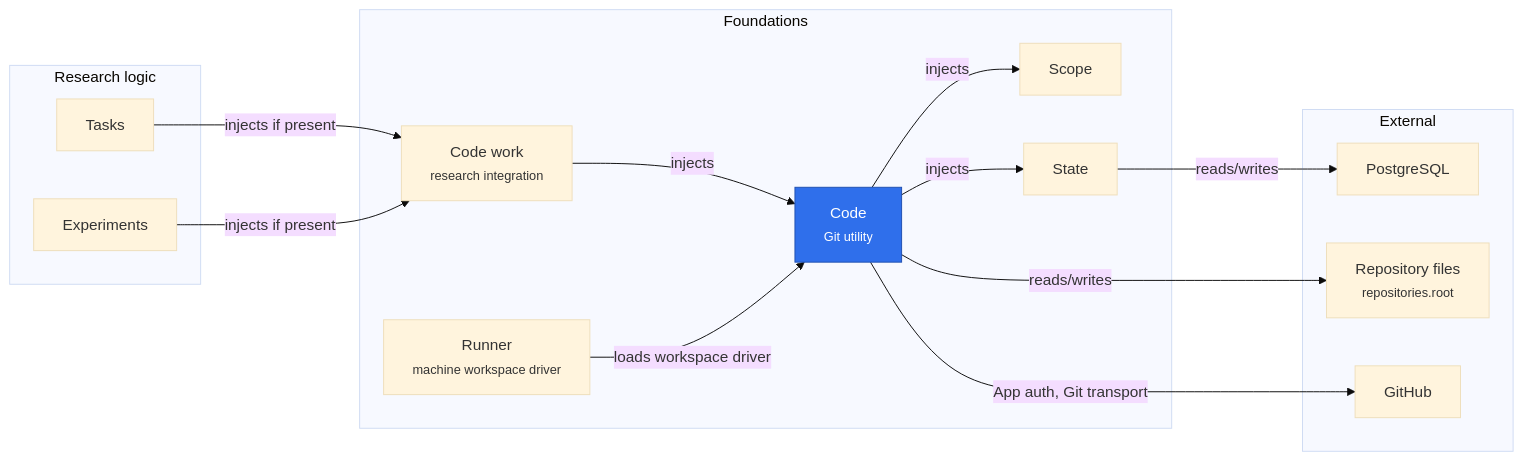
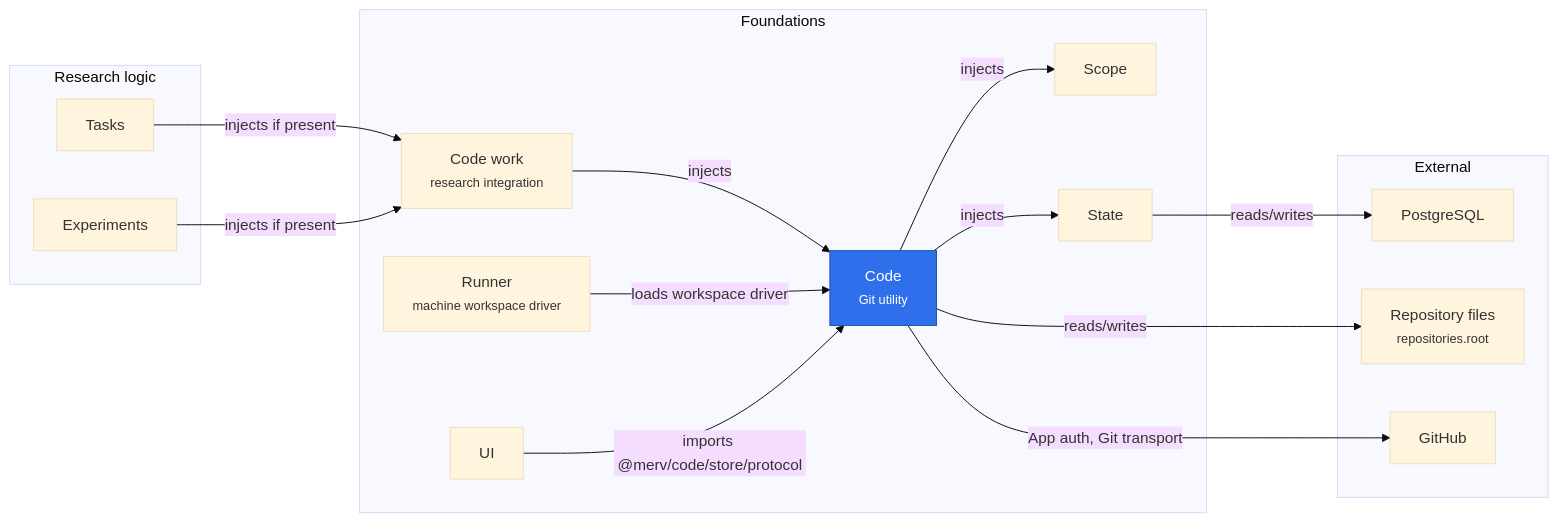
One commit to rapidreview-io/Merv changed the diagram in merv-typescript/packages/code/README.md. Above: the diagram before and after it, drawn with Mermaid (base theme). The commit also changed other lines of this file and 1 other file, not shown here.

Commit message:
Describe Code's store protocol and Code Work's one setting in their READMEs

````diff
--- a/merv-typescript/packages/code/README.md
+++ b/merv-typescript/packages/code/README.md
@@ -20,30 +20,32 @@
 ```mermaid
 flowchart LR
   subgraph research["Research logic"]
     tasks[Tasks]
     experiments[Experiments]
   end
   subgraph foundations["Foundations"]
     codeWork["Code work<br/><small>research integration</small>"]
     code["Code<br/><small>Git utility</small>"]
     runner["Runner<br/><small>machine workspace driver</small>"]
+    ui[UI]
     scope[Scope]
     state[State]
   end
   subgraph external["External"]
     postgres[PostgreSQL]
     repositories["Repository files<br/><small>repositories.root</small>"]
     github[GitHub]
   end
   tasks -- "injects if present" --> codeWork
   experiments -- "injects if present" --> codeWork
   codeWork -- "injects" --> code
   runner -- "loads workspace driver" --> code
+  ui -- "imports @merv/code/store/protocol" --> code
   code -- "injects" --> scope
   code -- "injects" --> state
   state -- "reads/writes" --> postgres
   code -- "reads/writes" --> repositories
   code -- "App auth, Git transport" --> github
   classDef self fill:#2f6feb,color:#fff,stroke:#1f4fb0
   class code self
 ```
````
